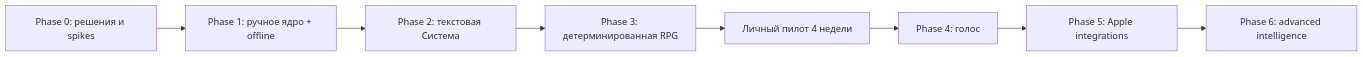
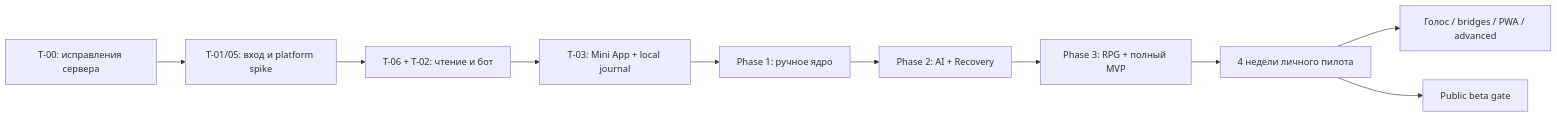
One commit to ylrostislav-eng/AI-Assistant-for-Human-Development changed the diagram in docs/10-implementation-plan.md. Above: the diagram before and after it, drawn with Mermaid. The commit also changed other lines of this file and 22 other files, not shown here.

````diff
--- a/docs/10-implementation-plan.md
+++ b/docs/10-implementation-plan.md
@@ -9,10 +11,12 @@
 ```mermaid
 flowchart LR
-  P0[Phase 0: решения и spikes] --> P1[Phase 1: ручное ядро + offline]
-  P1 --> P2[Phase 2: текстовая Система]
-  P2 --> P3[Phase 3: детерминированная RPG]
-  P3 --> PILOT[Личный пилот 4 недели]
-  PILOT --> P4[Phase 4: голос]
-  P4 --> P5[Phase 5: Apple integrations]
-  P5 --> P6[Phase 6: advanced intelligence]
+  A[T-00: исправления сервера] --> B[T-01/05: вход и platform spike]
+  B --> C[T-06 + T-02: чтение и бот]
+  C --> D[T-03: Mini App + local journal]
+  D --> E[Phase 1: ручное ядро]
+  E --> F[Phase 2: AI + Recovery]
+  F --> G[Phase 3: RPG + полный MVP]
+  G --> H[4 недели личного пилота]
+  H --> I[Голос / bridges / PWA / advanced]
+  H --> J[Public beta gate]
 ```
````
